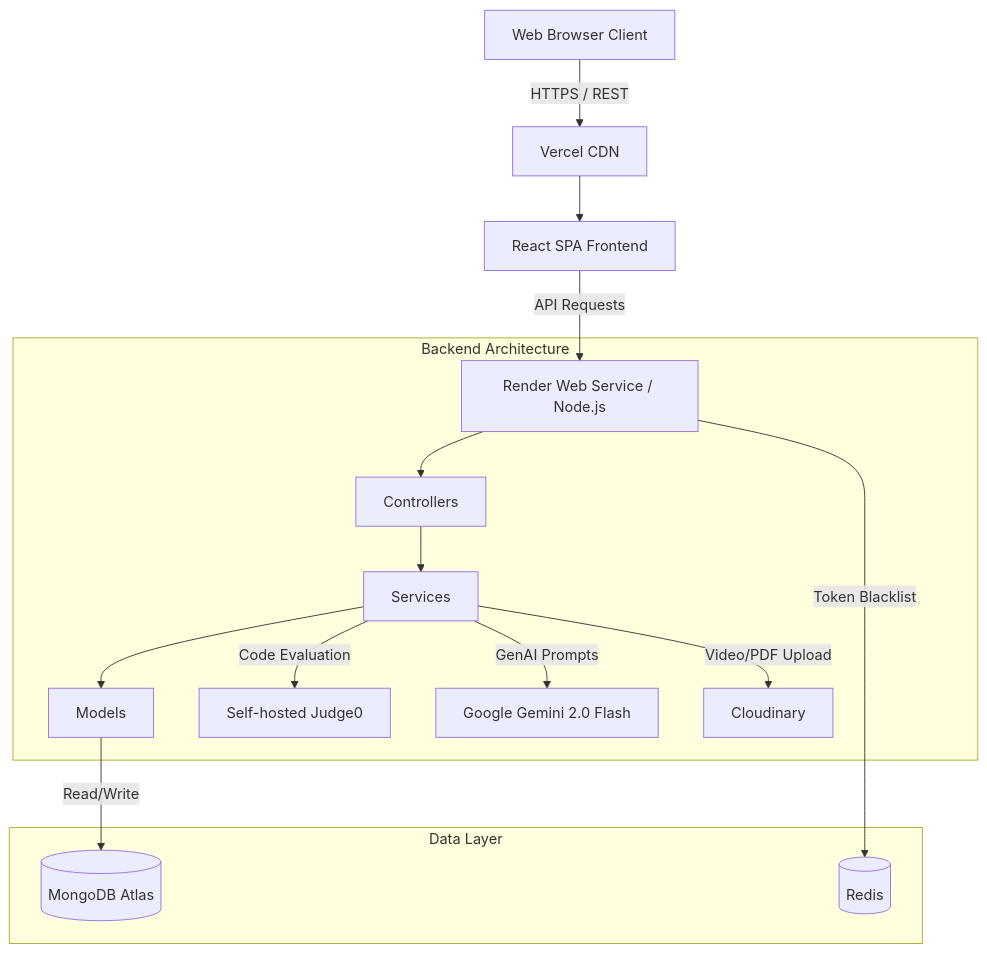
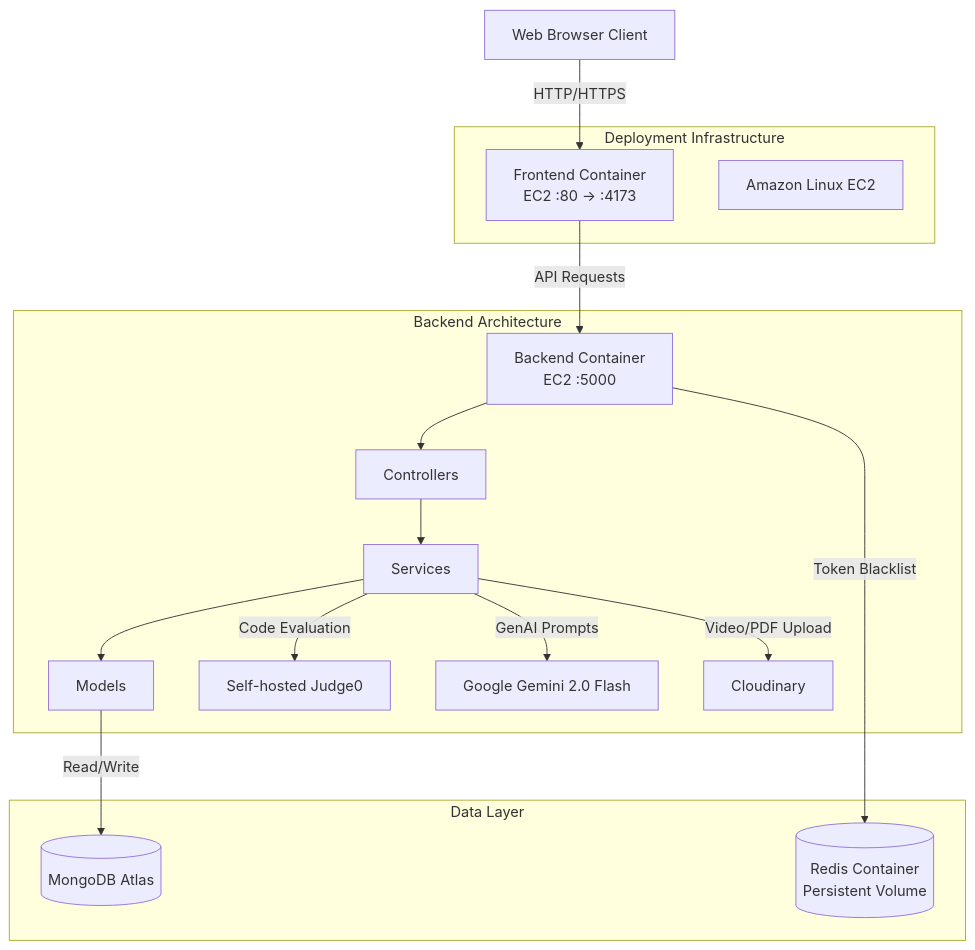
One commit to Hars-cpu/JD-AND-RESUME-BASED-AI-INTERVIEW changed the diagram in HLD.md. Above: the diagram before and after it, drawn with Mermaid. The commit also changed other lines of this file and 2 other files, not shown here.

Commit message:
added hld and lld files for viewers

````diff
--- a/HLD.md
+++ b/HLD.md
@@ -21,22 +21,28 @@
 ```mermaid
 graph TD
-    Client[Web Browser Client] -->|HTTPS / REST| CDN[Vercel CDN]
-    CDN --> FE[React SPA Frontend]
-    FE -->|API Requests| Render[Render Web Service / Node.js]
+    Client[Web Browser Client] -->|HTTP/HTTPS| FE[Frontend Container<br/>EC2 :80 -> :4173]
+    FE -->|API Requests| BE[Backend Container<br/>EC2 :5000]
     
     subgraph Backend Architecture
-        Render --> Controllers
+        BE --> Controllers
         Controllers --> Services
         Services --> Models
         
         %% External Integrations
         Services -->|Code Evaluation| Judge0[Self-hosted Judge0]
         Services -->|GenAI Prompts| Gemini[Google Gemini 2.0 Flash]
         Services -->|Video/PDF Upload| Cloudinary[Cloudinary]
     end
     
     subgraph Data Layer
         Models -->|Read/Write| MongoDB[(MongoDB Atlas)]
-        Render -->|Token Blacklist| Redis[(Redis)]
+        BE -->|Token Blacklist| Redis[(Redis Container<br/>Persistent Volume)]
+    end
+
+    subgraph Deployment Infrastructure
+        EC2[Amazon Linux EC2]
+        FE
+        BE
+        Redis
     end
 ```
````
